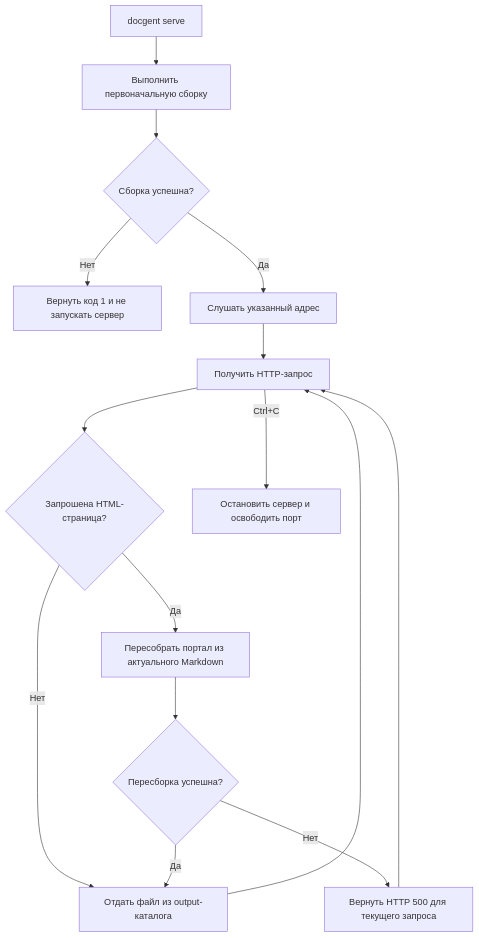
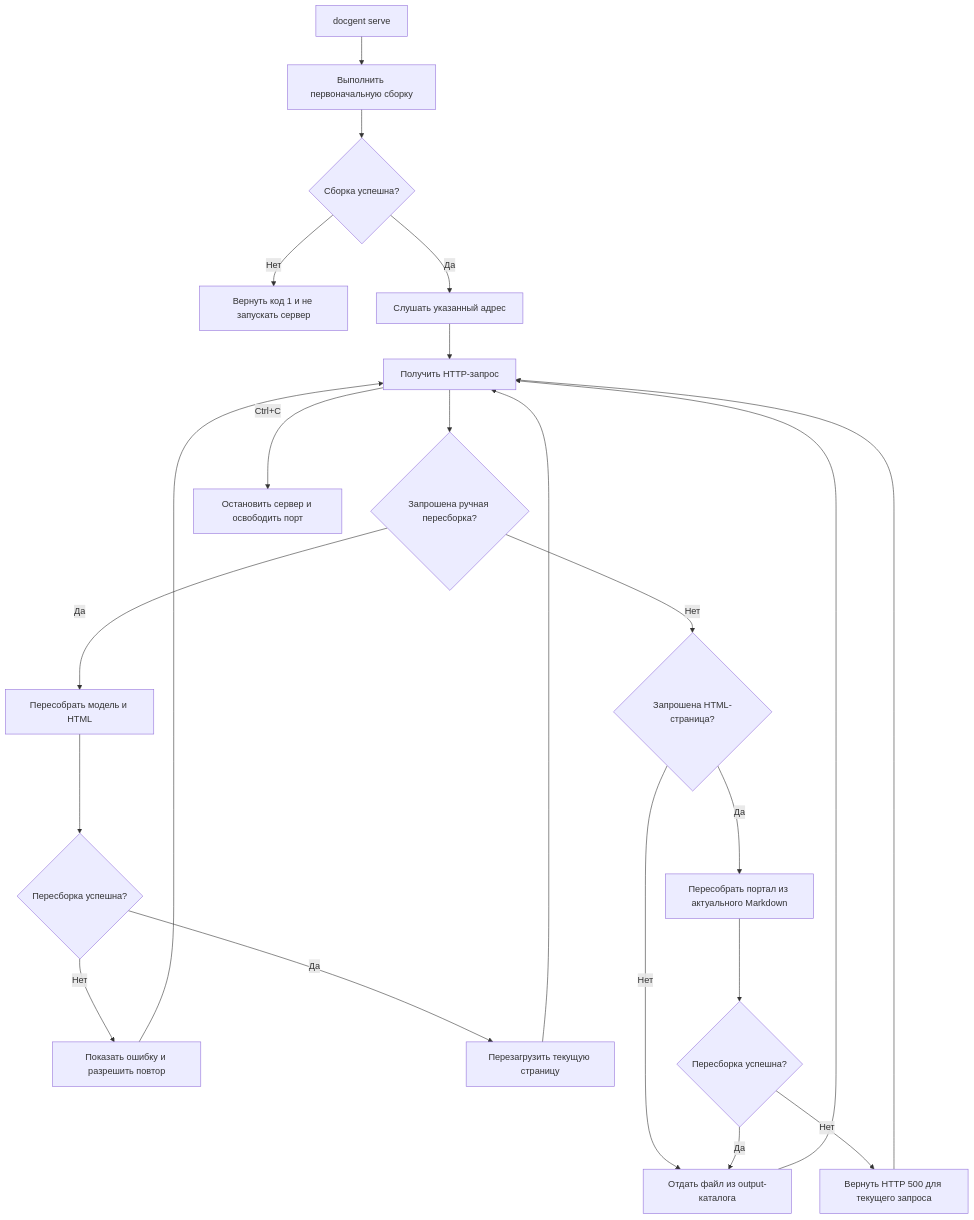
The diagram in docs/flows/FLOW-DOCS-SERVE.md (lumenikoly/toudocu), drawn with Mermaid before and after one commit. The commit also changed other lines of this file and 140 other files, not shown here.

````diff
--- a/docs/flows/FLOW-DOCS-SERVE.md
+++ b/docs/flows/FLOW-DOCS-SERVE.md
@@ -14,17 +14,24 @@
 ```mermaid
 flowchart TD
     Start["docgent serve"] --> Build["Выполнить первоначальную сборку"]
     Build --> Built{"Сборка успешна?"}
     Built -->|Нет| Stop["Вернуть код 1 и не запускать сервер"]
     Built -->|Да| Listen["Слушать указанный адрес"]
     Listen --> Request["Получить HTTP-запрос"]
-    Request --> HTML{"Запрошена HTML-страница?"}
+    Request --> Manual{"Запрошена ручная пересборка?"}
+    Manual -->|Да| ManualRebuild["Пересобрать модель и HTML"]
+    ManualRebuild --> ManualResult{"Пересборка успешна?"}
+    ManualResult -->|Нет| ManualError["Показать ошибку и разрешить повтор"]
+    ManualResult -->|Да| Reload["Перезагрузить текущую страницу"]
+    Reload --> Request
+    ManualError --> Request
+    Manual -->|Нет| HTML{"Запрошена HTML-страница?"}
     HTML -->|Нет| Static["Отдать файл из output-каталога"]
     HTML -->|Да| Rebuild["Пересобрать портал из актуального Markdown"]
     Rebuild --> Rebuilt{"Пересборка успешна?"}
     Rebuilt -->|Нет| Error["Вернуть HTTP 500 для текущего запроса"]
     Rebuilt -->|Да| Static
     Static --> Request
     Error --> Request
     Request -->|Ctrl+C| Finish["Остановить сервер и освободить порт"]
 ```
````
